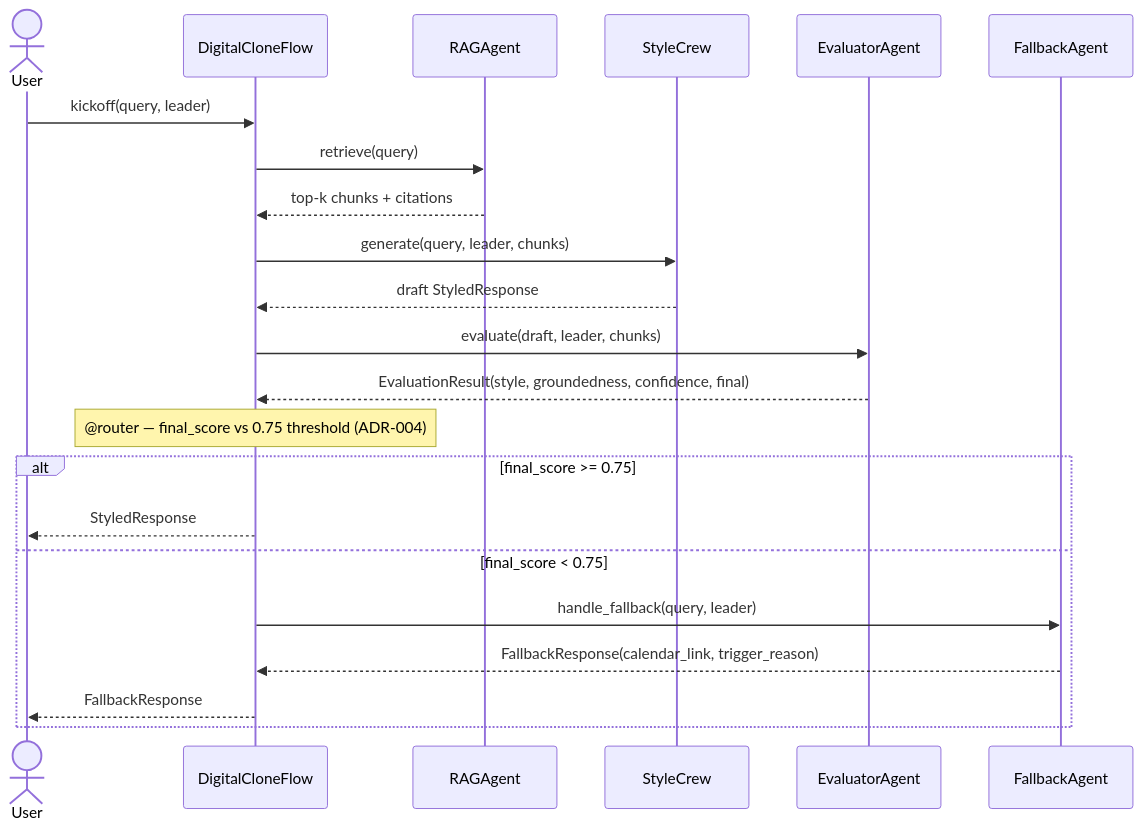
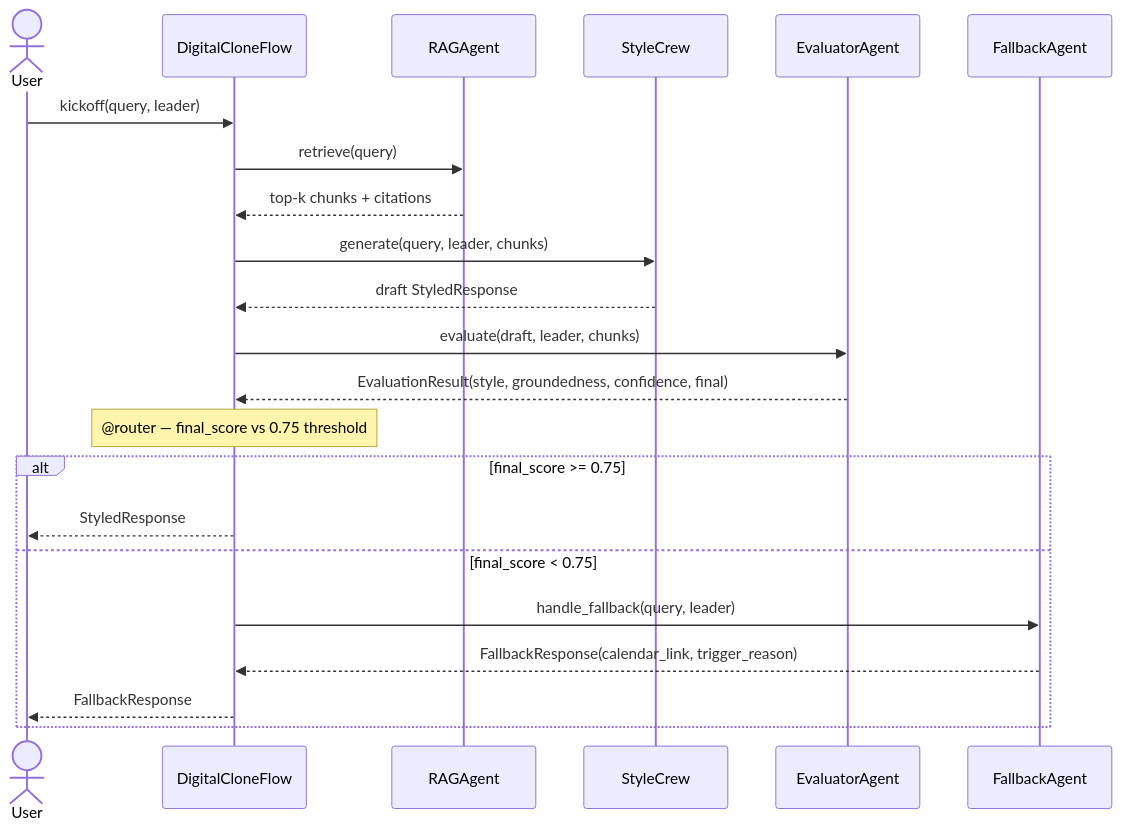
One commit to rubsj/ai-digital-clone changed the diagram in docs/architecture/single-query-sequence.md. Above: the diagram before and after it, drawn with Mermaid. The commit also changed other lines of this file, not shown here.

Commit message:
fix(A2): remove incorrect ADR-005 reference (threshold lacks ADR)

````diff
--- a/docs/architecture/single-query-sequence.md
+++ b/docs/architecture/single-query-sequence.md
@@ -6,29 +6,29 @@
 ```mermaid
 sequenceDiagram
     actor User
     participant DCF as DigitalCloneFlow
     participant RA as RAGAgent
     participant SC as StyleCrew
     participant EA as EvaluatorAgent
     participant FA as FallbackAgent
 
     User->>DCF: kickoff(query, leader)
     DCF->>RA: retrieve(query)
     RA-->>DCF: top-k chunks + citations
 
     DCF->>SC: generate(query, leader, chunks)
     SC-->>DCF: draft StyledResponse
 
     DCF->>EA: evaluate(draft, leader, chunks)
     EA-->>DCF: EvaluationResult(style, groundedness, confidence, final)
 
-    Note over DCF: @router — final_score vs 0.75 threshold (ADR-004)
+    Note over DCF: @router — final_score vs 0.75 threshold
 
     alt final_score >= 0.75
         DCF-->>User: StyledResponse
     else final_score < 0.75
         DCF->>FA: handle_fallback(query, leader)
         FA-->>DCF: FallbackResponse(calendar_link, trigger_reason)
         DCF-->>User: FallbackResponse
     end
 ```
````
